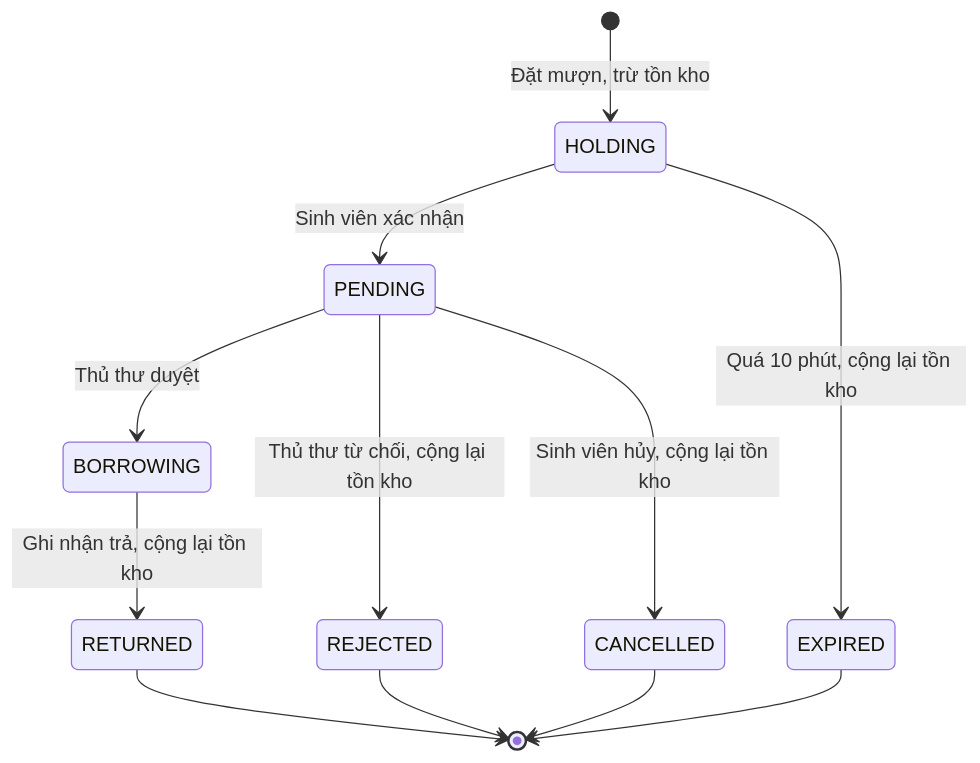
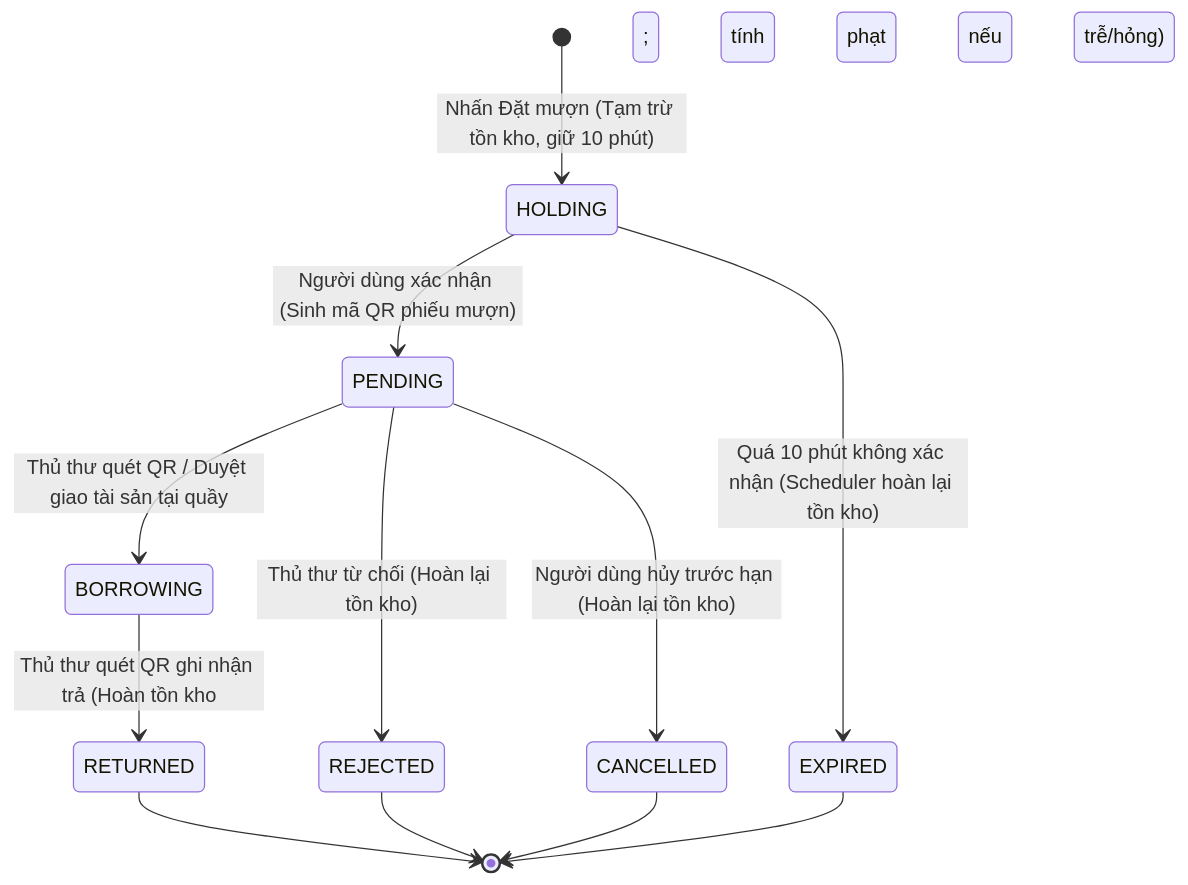
Before and after one commit to Cehin3010/digital-library-equipment-management: the fourth of 4 diagrams in docs/architecture.md, drawn with Mermaid. The commit also changed other lines of this file, not shown here.

Commit message:
modify architecture

````diff
--- a/docs/architecture.md
+++ b/docs/architecture.md
@@ -232,14 +224,14 @@
 ```mermaid
 stateDiagram-v2
-  [*] --> HOLDING: Đặt mượn, trừ tồn kho
-  HOLDING --> PENDING: Sinh viên xác nhận
-  HOLDING --> EXPIRED: Quá 10 phút, cộng lại tồn kho
-  PENDING --> BORROWING: Thủ thư duyệt
-  PENDING --> REJECTED: Thủ thư từ chối, cộng lại tồn kho
-  PENDING --> CANCELLED: Sinh viên hủy, cộng lại tồn kho
-  BORROWING --> RETURNED: Ghi nhận trả, cộng lại tồn kho
+  [*] --> HOLDING: Nhấn Đặt mượn (Tạm trừ tồn kho, giữ 10 phút)
+  HOLDING --> PENDING: Người dùng xác nhận (Sinh mã QR phiếu mượn)
+  HOLDING --> EXPIRED: Quá 10 phút không xác nhận (Scheduler hoàn lại tồn kho)
+  PENDING --> BORROWING: Thủ thư quét QR / Duyệt giao tài sản tại quầy
+  PENDING --> REJECTED: Thủ thư từ chối (Hoàn lại tồn kho)
+  PENDING --> CANCELLED: Người dùng hủy trước hạn (Hoàn lại tồn kho)
+  BORROWING --> RETURNED: Thủ thư quét QR ghi nhận trả (Hoàn tồn kho; tính phạt nếu trễ/hỏng)
   RETURNED --> [*]
   EXPIRED --> [*]
   REJECTED --> [*]
   CANCELLED --> [*]
 ```
````
